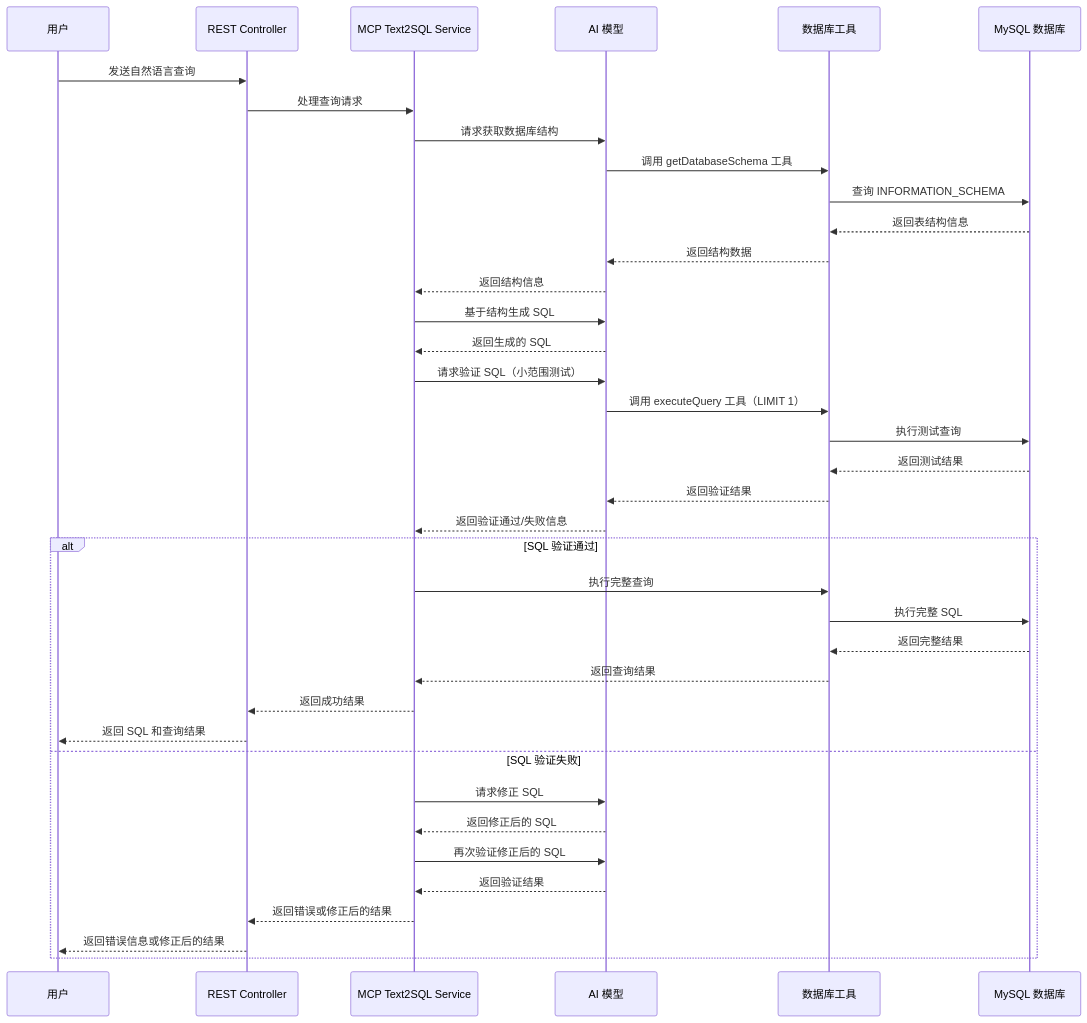
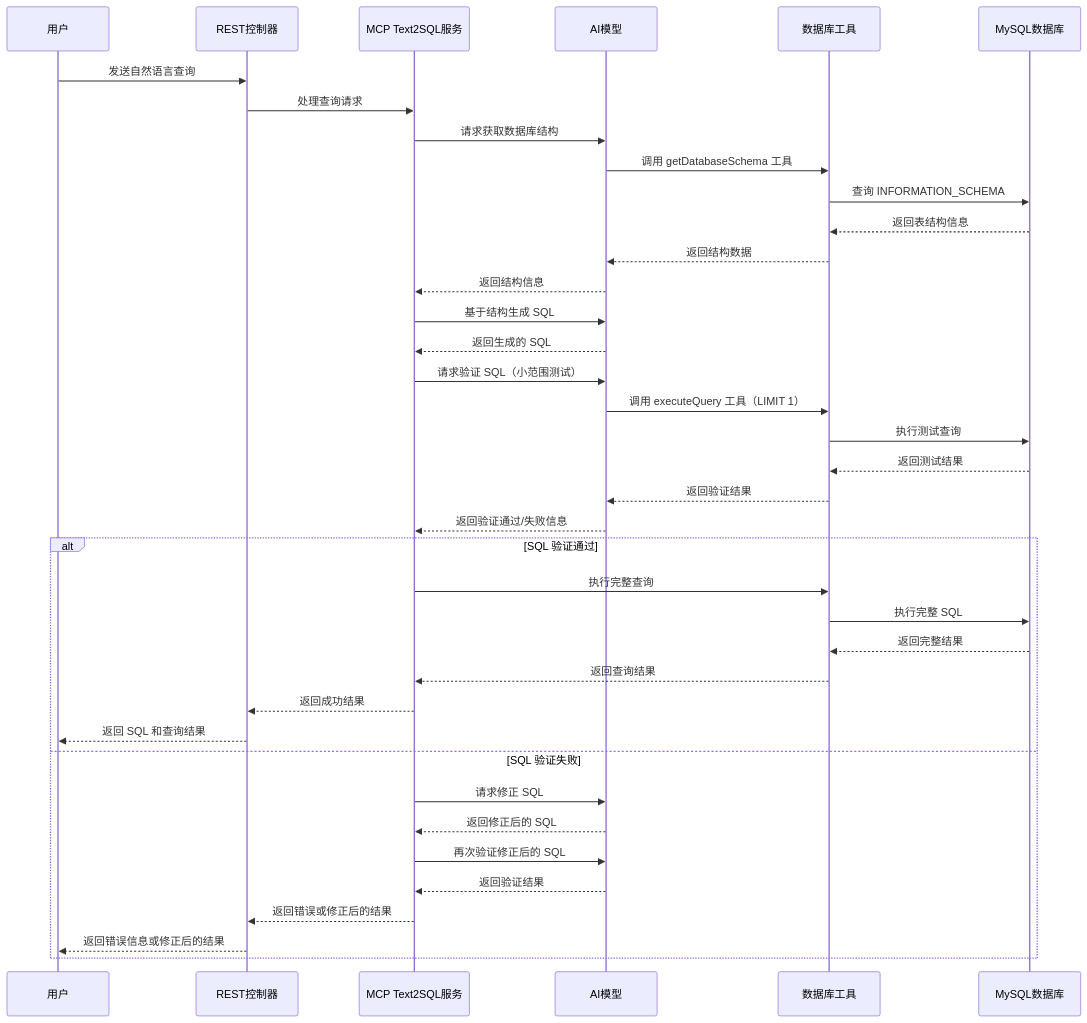
Before and after one commit to chensoul/chensoul.github.io: the second of 3 diagrams in content/posts/techlog/2025-09-30-Spring AI 让数据库"听懂人话"：我的 Text2SQL 实践之旅.md, drawn with Mermaid. The commit also changed other lines of this file and 25 other files, not shown here.

Commit message:
refactor: 添加 mermaid

````diff
--- a/content/posts/techlog/2025-09-30-Spring AI 让数据库"听懂人话"：我的 Text2SQL 实践之旅.md
+++ b/content/posts/techlog/2025-09-30-Spring AI 让数据库"听懂人话"：我的 Text2SQL 实践之旅.md
@@ -399,42 +400,42 @@
 ```mermaid
 sequenceDiagram
     participant User as 用户
-    participant Controller as REST Controller
-    participant Service as MCP Text2SQL Service
-    participant AI as AI 模型
+    participant Controller as REST控制器
+    participant Service as MCP Text2SQL服务
+    participant AI as AI模型
     participant Tool as 数据库工具
-    participant DB as MySQL 数据库
+    participant DB as MySQL数据库
 
     User->>Controller: 发送自然语言查询
     Controller->>Service: 处理查询请求
     Service->>AI: 请求获取数据库结构
     AI->>Tool: 调用 getDatabaseSchema 工具
     Tool->>DB: 查询 INFORMATION_SCHEMA
     DB-->>Tool: 返回表结构信息
     Tool-->>AI: 返回结构数据
     AI-->>Service: 返回结构信息
     Service->>AI: 基于结构生成 SQL
     AI-->>Service: 返回生成的 SQL
     Service->>AI: 请求验证 SQL（小范围测试）
     AI->>Tool: 调用 executeQuery 工具（LIMIT 1）
     Tool->>DB: 执行测试查询
     DB-->>Tool: 返回测试结果
     Tool-->>AI: 返回验证结果
     AI-->>Service: 返回验证通过/失败信息
     
     alt SQL 验证通过
         Service->>Tool: 执行完整查询
         Tool->>DB: 执行完整 SQL
         DB-->>Tool: 返回完整结果
         Tool-->>Service: 返回查询结果
         Service-->>Controller: 返回成功结果
         Controller-->>User: 返回 SQL 和查询结果
     else SQL 验证失败
         Service->>AI: 请求修正 SQL
         AI-->>Service: 返回修正后的 SQL
         Service->>AI: 再次验证修正后的 SQL
         AI-->>Service: 返回验证结果
         Service-->>Controller: 返回错误或修正后的结果
         Controller-->>User: 返回错误信息或修正后的结果
     end
 ```
````
